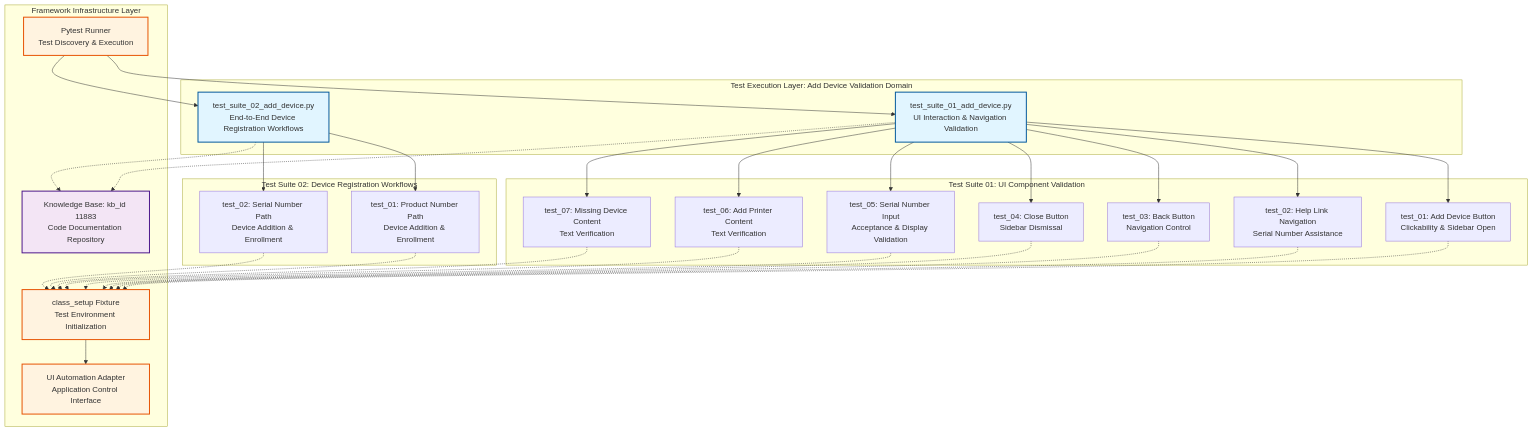
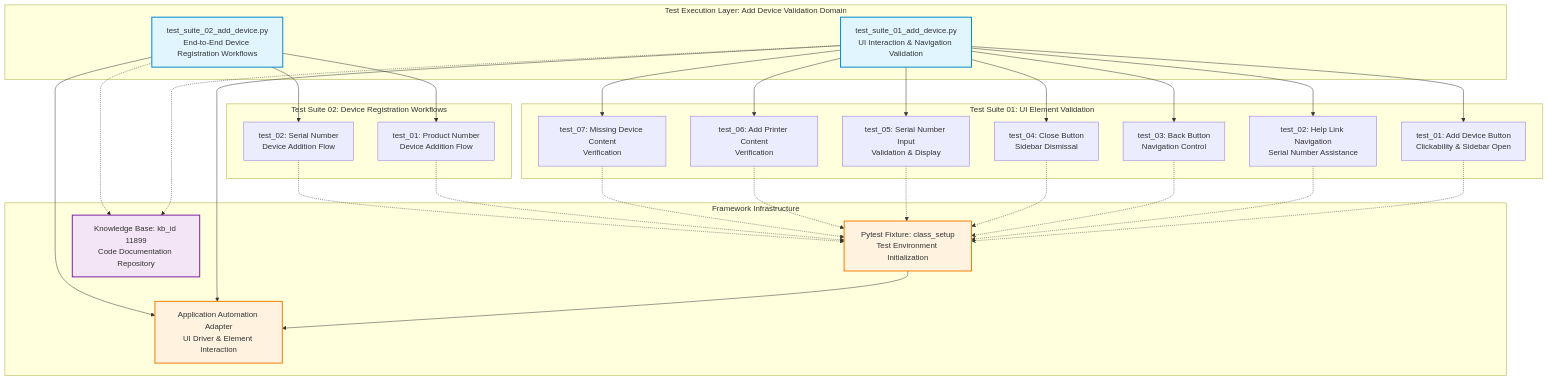
One commit to karthikeyansubhash/mobileappsrepo changed the diagram in Index_by_API/Docs/codebase_master_architecture_part_1.md. Above: the diagram before and after it, drawn with Mermaid. The commit also changed other lines of this file, not shown here.

Commit message:
Master Codebase Architecture Report Part 1

````diff
--- a/Index_by_API/Docs/codebase_master_architecture_part_1.md
+++ b/Index_by_API/Docs/codebase_master_architecture_part_1.md
@@ -36,65 +36,63 @@
 ```mermaid
 graph TB
     subgraph "Test Execution Layer: Add Device Validation Domain"
         A[test_suite_01_add_device.py<br/>UI Interaction & Navigation Validation]
         B[test_suite_02_add_device.py<br/>End-to-End Device Registration Workflows]
     end
     
-    subgraph "Test Suite 01: UI Component Validation"
+    subgraph "Test Suite 01: UI Element Validation"
         A1[test_01: Add Device Button<br/>Clickability & Sidebar Open]
         A2[test_02: Help Link Navigation<br/>Serial Number Assistance]
         A3[test_03: Back Button<br/>Navigation Control]
         A4[test_04: Close Button<br/>Sidebar Dismissal]
-        A5[test_05: Serial Number Input<br/>Acceptance & Display Validation]
-        A6[test_06: Add Printer Content<br/>Text Verification]
-        A7[test_07: Missing Device Content<br/>Text Verification]
+        A5[test_05: Serial Number Input<br/>Validation & Display]
+        A6[test_06: Add Printer Content<br/>Verification]
+        A7[test_07: Missing Device Content<br/>Verification]
     end
     
     subgraph "Test Suite 02: Device Registration Workflows"
-        B1[test_01: Product Number Path<br/>Device Addition & Enrollment]
-        B2[test_02: Serial Number Path<br/>Device Addition & Enrollment]
+        B1[test_01: Product Number<br/>Device Addition Flow]
+        B2[test_02: Serial Number<br/>Device Addition Flow]
     end
     
-    subgraph "Framework Infrastructure Layer"
-        F1[class_setup Fixture<br/>Test Environment Initialization]
-        F2[Pytest Runner<br/>Test Discovery & Execution]
-        F3[Knowledge Base: kb_id 11883<br/>Code Documentation Repository]
-        F4[UI Automation Adapter<br/>Application Control Interface]
+    subgraph "Framework Infrastructure"
+        C[Pytest Fixture: class_setup<br/>Test Environment Initialization]
+        D[Application Automation Adapter<br/>UI Driver & Element Interaction]
+        E[Knowledge Base: kb_id 11899<br/>Code Documentation Repository]
     end
     
     A --> A1
     A --> A2
     A --> A3
     A --> A4
     A --> A5
     A --> A6
     A --> A7
     
     B --> B1
     B --> B2
     
-    A1 -.-> F1
-    A2 -.-> F1
-    A3 -.-> F1
-    A4 -.-> F1
-    A5 -.-> F1
-    A6 -.-> F1
-    A7 -.-> F1
+    A1 -.-> C
+    A2 -.-> C
+    A3 -.-> C
+    A4 -.-> C
+    A5 -.-> C
+    A6 -.-> C
+    A7 -.-> C
     
-    B1 -.-> F1
-    B2 -.-> F1
+    B1 -.-> C
+    B2 -.-> C
     
-    F1 --> F4
-    F2 --> A
-    F2 --> B
+    C --> D
+    A --> D
+    B --> D
     
-    A -.-> F3
-    B -.-> F3
+    A -.-> E
+    B -.-> E
     
-    style A fill:#e1f5ff,stroke:#01579b,stroke-width:2px
-    style B fill:#e1f5ff,stroke:#01579b,stroke-width:2px
-    style F1 fill:#fff3e0,stroke:#e65100,stroke-width:2px
-    style F2 fill:#fff3e0,stroke:#e65100,stroke-width:2px
-    style F3 fill:#f3e5f5,stroke:#4a148c,stroke-width:2px
-    style F4 fill:#fff3e0,stroke:#e65100,stroke-width:2px
+    style A fill:#e1f5ff,stroke:#0288d1,stroke-width:2px
+    style B fill:#e1f5ff,stroke:#0288d1,stroke-width:2px
+    style C fill:#fff3e0,stroke:#f57c00,stroke-width:2px
+    style D fill:#fff3e0,stroke:#f57c00,stroke-width:2px
+    style E fill:#f3e5f5,stroke:#7b1fa2,stroke-width:2px
 ```
````
